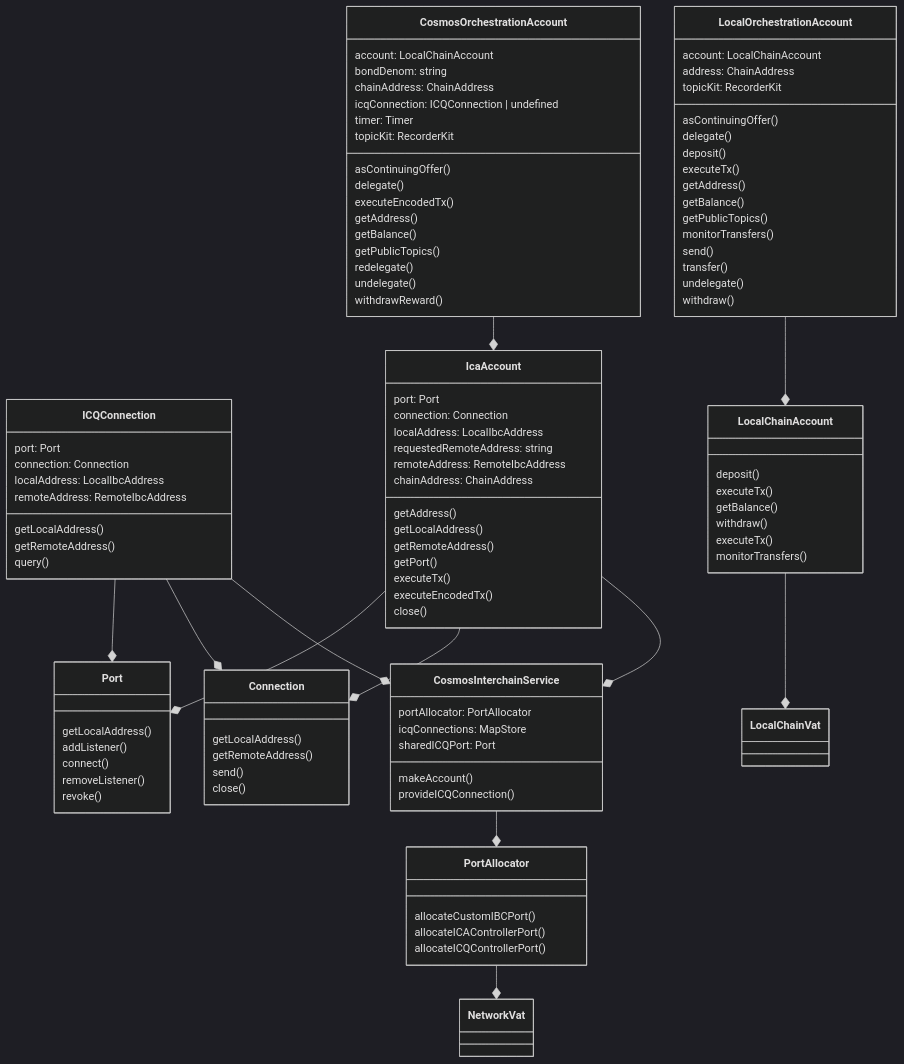
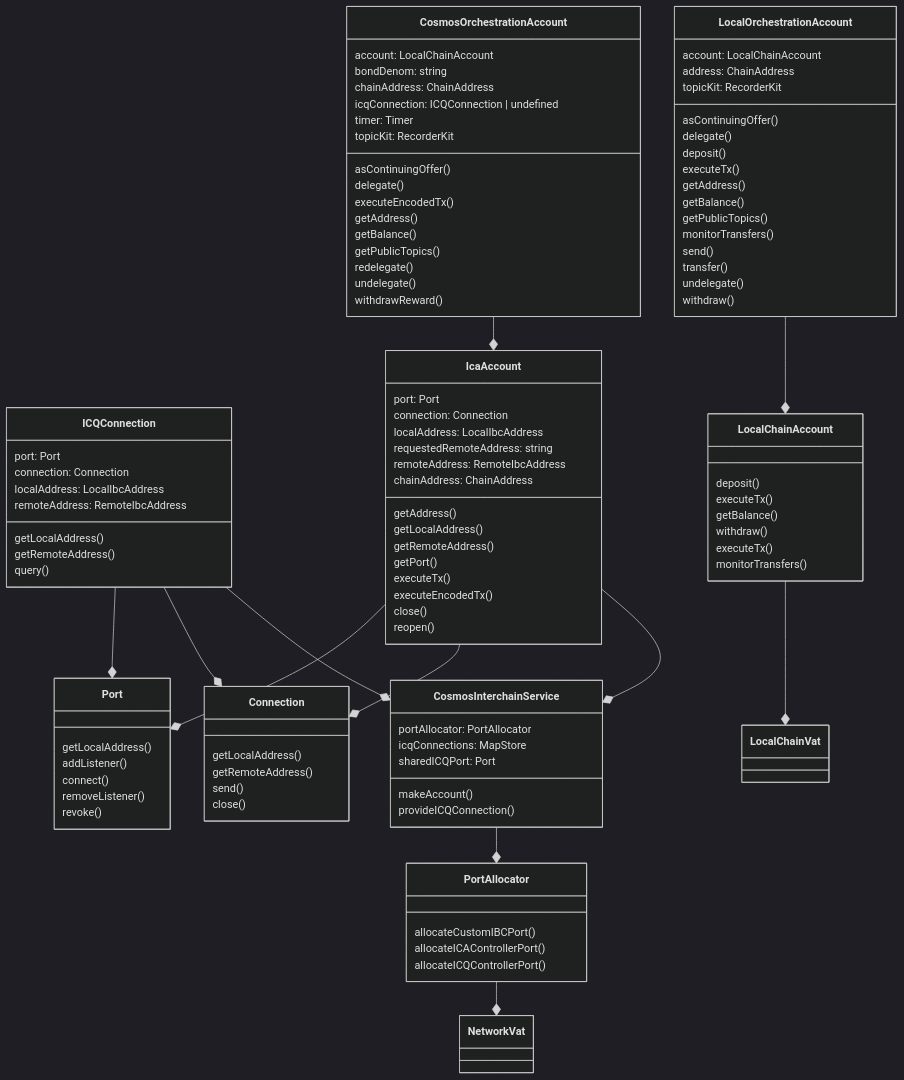
Before and after one commit to Agoric/agoric-sdk: the diagram in packages/orchestration/src/exos/README.md, drawn with Mermaid (dark theme). The commit also changed 6 other files, not shown here.

```diff
--- a/packages/orchestration/src/exos/README.md
+++ b/packages/orchestration/src/exos/README.md
@@ -30,6 +30,7 @@
       executeTx()
       executeEncodedTx()
       close()
+      reopen()
     }
     class ICQConnection {
       port: Port
```
